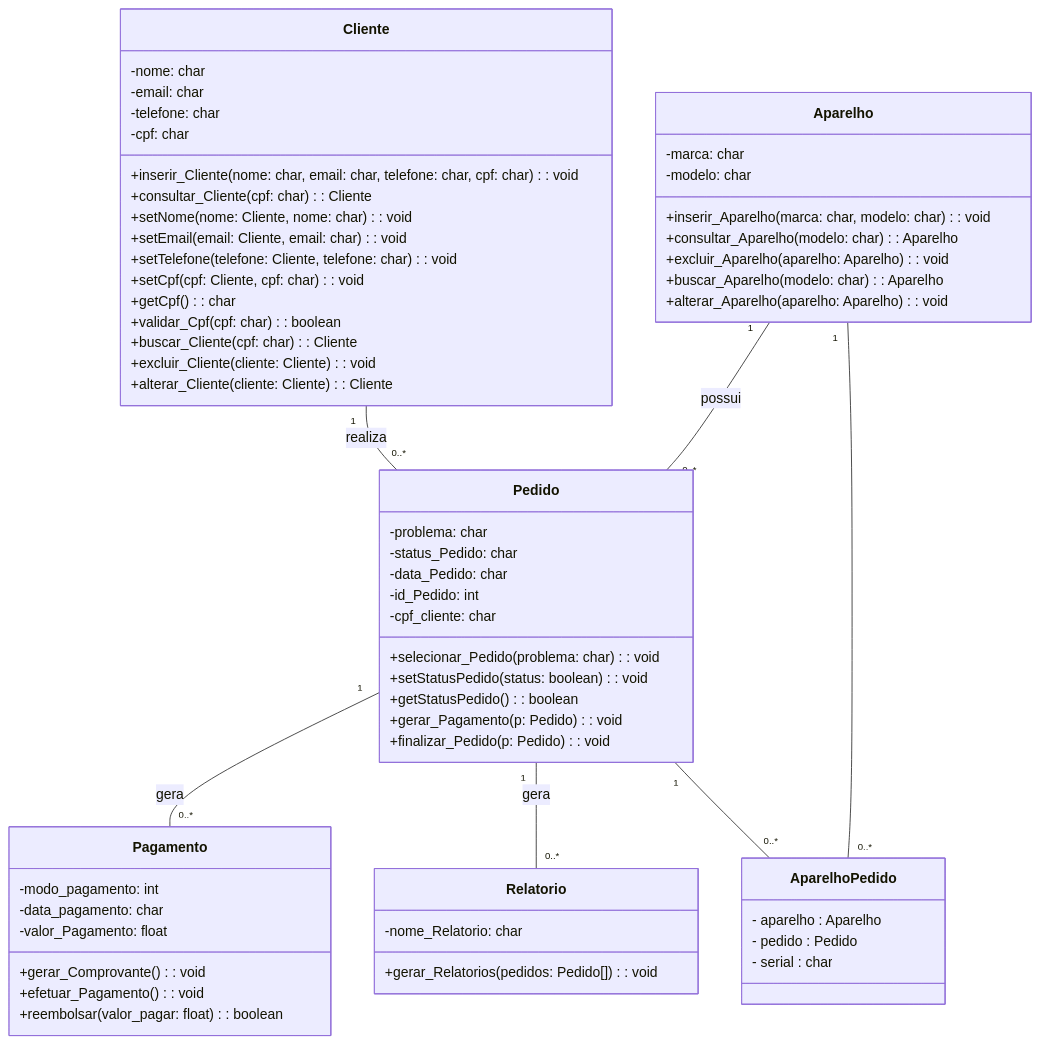
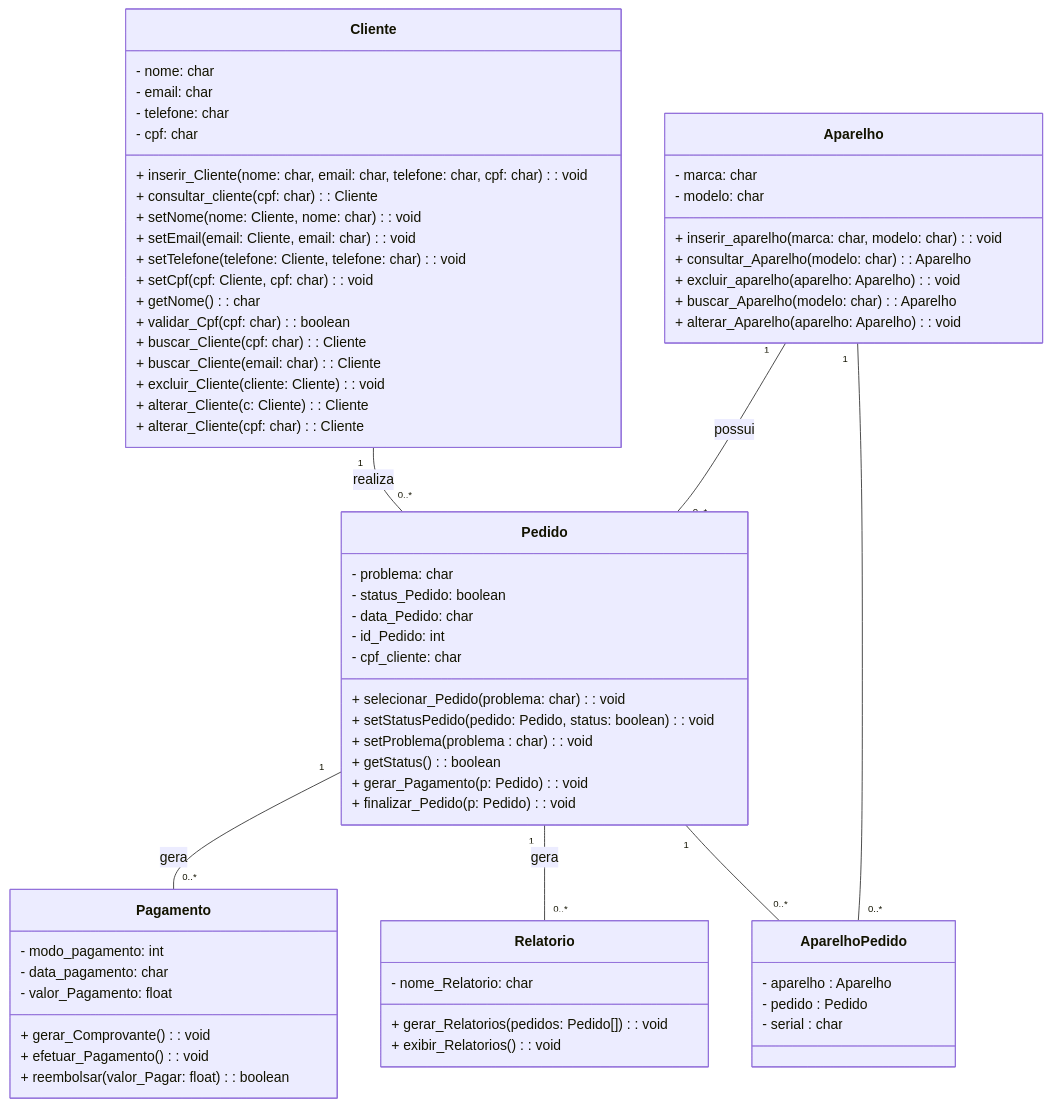
One commit to flaviogui/TechCell-Pro changed the diagram in documentação/doc-visao.md. Above: the diagram before and after it, drawn with Mermaid.

Commit message:
Atualizando Entidades do Diagrama
Atualizei as informações das entidades no diagrama de clases doo doc-visão.md

````diff
--- a/documentação/doc-visao.md
+++ b/documentação/doc-visao.md
@@ -62,72 +62,76 @@
 ```mermaid
 classDiagram
     class Aparelho {
-        -marca: char
-        -modelo: char
-        +inserir_Aparelho(marca: char, modelo: char): void
-        +consultar_Aparelho(modelo: char): Aparelho 
-        +excluir_Aparelho(aparelho: Aparelho): void 
-        +buscar_Aparelho(modelo: char): Aparelho 
-        +alterar_Aparelho(aparelho: Aparelho): void 
+        - marca: char
+	- modelo: char
+          + inserir_aparelho(marca: char, modelo: char): void
+          + consultar_Aparelho(modelo: char): Aparelho 
+          + excluir_aparelho(aparelho: Aparelho): void 
+          + buscar_Aparelho(modelo: char): Aparelho 
+          + alterar_Aparelho(aparelho: Aparelho): void 
     }
     
     class Cliente {
-        -nome: char
-        -email: char
-        -telefone: char
-        -cpf: char
-        +inserir_Cliente(nome: char, email: char, telefone: char, cpf: char): void 
-        +consultar_Cliente(cpf: char): Cliente 
-        +setNome(nome: Cliente, nome: char): void 
-		+setEmail(email: Cliente, email: char): void 
-		+setTelefone(telefone: Cliente, telefone: char): void	
-		+setCpf(cpf: Cliente, cpf: char): void	
-	    +getCpf(): char	
-	    +validar_Cpf(cpf: char): boolean	
-	    +buscar_Cliente(cpf: char): Cliente	
-	    +excluir_Cliente(cliente: Cliente): void 	
-	    +alterar_Cliente(cliente: Cliente): Cliente 	
+        - nome: char
+        - email: char
+        - telefone: char
+        - cpf: char
+          + inserir_Cliente(nome: char, email: char, telefone: char, cpf: char): void 
+          + consultar_cliente(cpf: char): Cliente 
+          + setNome(nome: Cliente, nome: char): void 
+	  + setEmail(email: Cliente, email: char): void 
+	  + setTelefone(telefone: Cliente, telefone: char): void	
+	  + setCpf(cpf: Cliente, cpf: char): void	
+	  + getNome(): char	
+	  + validar_Cpf(cpf: char): boolean	
+	  + buscar_Cliente(cpf: char): Cliente
+	  + buscar_Cliente(email: char): Cliente
+	  + excluir_Cliente(cliente: Cliente): void 	
+	  + alterar_Cliente(c: Cliente): Cliente
+	  + alterar_Cliente(cpf: char): Cliente 	
     }
     
     class Pedido {
-       -problema: char  
-       -status_Pedido: char  
-       -data_Pedido: char   
-       -id_Pedido: int   
-       -cpf_cliente: char   
-       +selecionar_Pedido(problema: char): void   
-	   +setStatusPedido(status: boolean): void   
-	   +getStatusPedido(): boolean  	
-	   +gerar_Pagamento(p: Pedido): void  	
-	   +finalizar_Pedido(p: Pedido): void  	
+       - problema: char  
+       - status_Pedido: boolean
+       - data_Pedido: char   
+       - id_Pedido: int   
+       - cpf_cliente: char   
+       	   + selecionar_Pedido(problema: char): void   
+	   + setStatusPedido(pedido: Pedido, status: boolean): void   
+	   + setProblema(problema : char ): void
+	   + getStatus() : boolean	
+	   + gerar_Pagamento(p: Pedido): void  	
+	   + finalizar_Pedido(p: Pedido): void  	
     }
     
     class Pagamento {
-      -modo_pagamento: int  
-	  -data_pagamento: char  
-	  -valor_Pagamento: float  	
-	  +gerar_Comprovante(): void  	
-	  +efetuar_Pagamento(): void  	
-	  +reembolsar(valor_pagar: float): boolean 	
+	- modo_pagamento: int  
+	- data_pagamento: char  
+	- valor_Pagamento: float  	
+	  + gerar_Comprovante(): void  	
+	  + efetuar_Pagamento(): void  	
+	  + reembolsar(valor_Pagar: float): boolean 	
      }
 
      class Relatorio{
-      -nome_Relatorio: char  
-      +gerar_Relatorios(pedidos: Pedido[]): void
+      	- nome_Relatorio: char  
+      	  + gerar_Relatorios(pedidos: Pedido[]): void
+	  + exibir_Relatorios(): void
      }
 
     class AparelhoPedido {
         - aparelho : Aparelho
         - pedido : Pedido
         - serial : char
     }
 
      Aparelho "1" -- "0..*" Pedido : possui
      Cliente "1" -- "0..*" Pedido : realiza
      Pedido "1" -- "0..*" Pagamento : gera
      Pedido "1" -- "0..*" Relatorio : gera
      Aparelho "1" -- "0..*" AparelhoPedido
      Pedido "1" -- "0..*" AparelhoPedido
 
 
 ```
````
